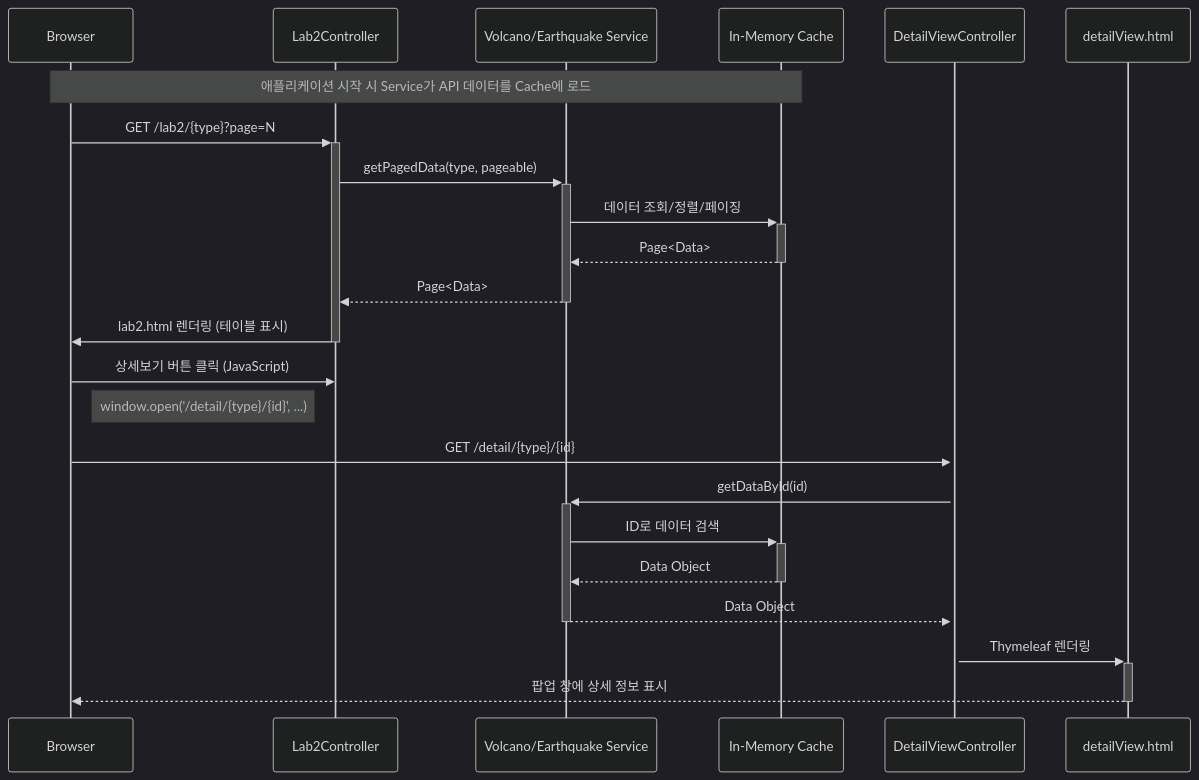
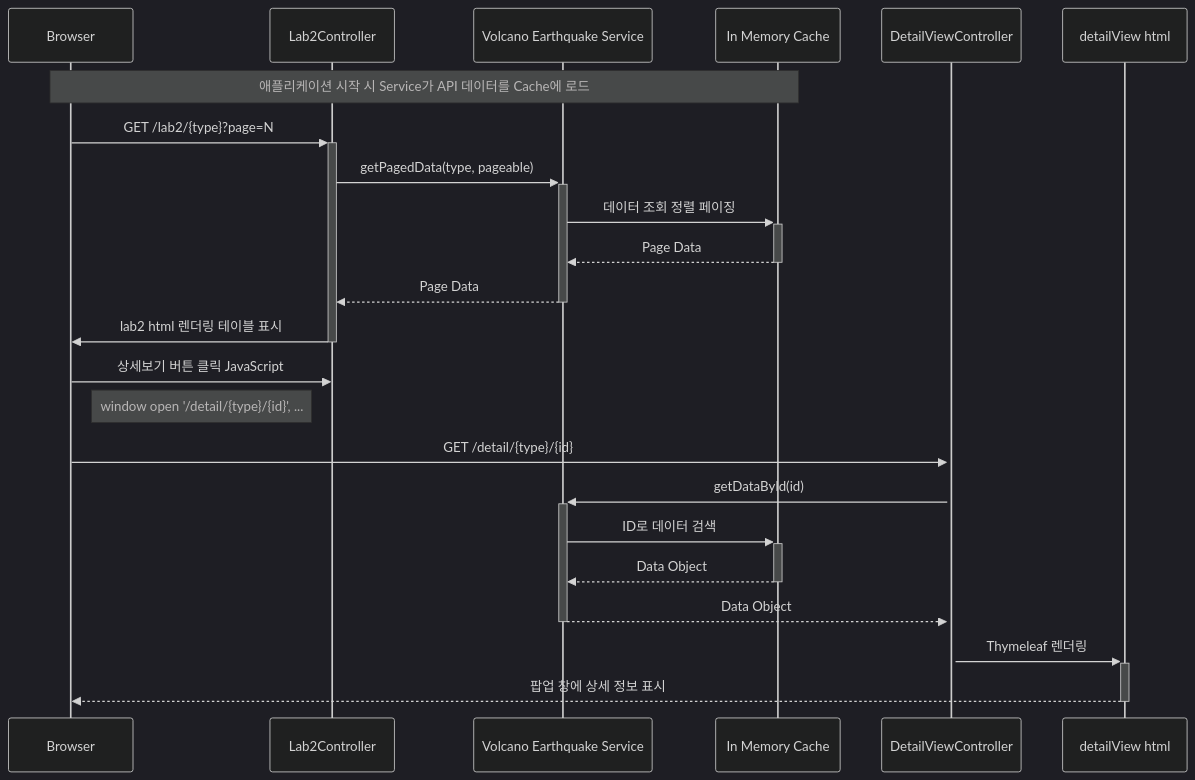
Before and after one commit to oh79/Nature-s-Fury-Viz: the second of 2 diagrams in README.md, drawn with Mermaid (dark theme). The commit also changed other lines of this file, not shown here.

Commit message:
update architecture intro

````diff
--- a/README.md
+++ b/README.md
@@ -50,28 +50,28 @@
 ```mermaid
 sequenceDiagram
     participant Client as Browser
     participant Controller as Lab2Controller
-    participant Service as Volcano/Earthquake Service
-    participant Cache as In-Memory Cache
+    participant Service as Volcano Earthquake Service
+    participant Cache as In Memory Cache
     participant DetailController as DetailViewController
-    participant DetailView as detailView.html
+    participant DetailView as detailView html
 
     Note over Client, Cache: 애플리케이션 시작 시 Service가 API 데이터를 Cache에 로드
 
     Client->>+Controller: GET /lab2/{type}?page=N
     Controller->>+Service: getPagedData(type, pageable)
-    Service->>+Cache: 데이터 조회/정렬/페이징
-    Cache-->>-Service: Page<Data>
-    Service-->>-Controller: Page<Data>
-    Controller->>-Client: lab2.html 렌더링 (테이블 표시)
+    Service->>+Cache: 데이터 조회 정렬 페이징
+    Cache-->>-Service: Page Data
+    Service-->>-Controller: Page Data
+    Controller->>-Client: lab2 html 렌더링 테이블 표시
 
-    Client->>Controller: 상세보기 버튼 클릭 (JavaScript)
-    Note right of Client: window.open('/detail/{type}/{id}', ...)
+    Client->>Controller: 상세보기 버튼 클릭 JavaScript
+    Note right of Client: window open '/detail/{type}/{id}', ...
     Client->>+DetailController: GET /detail/{type}/{id}
     DetailController->>+Service: getDataById(id)
     Service->>+Cache: ID로 데이터 검색
     Cache-->>-Service: Data Object
     Service-->>-DetailController: Data Object
     DetailController->>+DetailView: Thymeleaf 렌더링
     DetailView-->>-Client: 팝업 창에 상세 정보 표시
 ```
````
